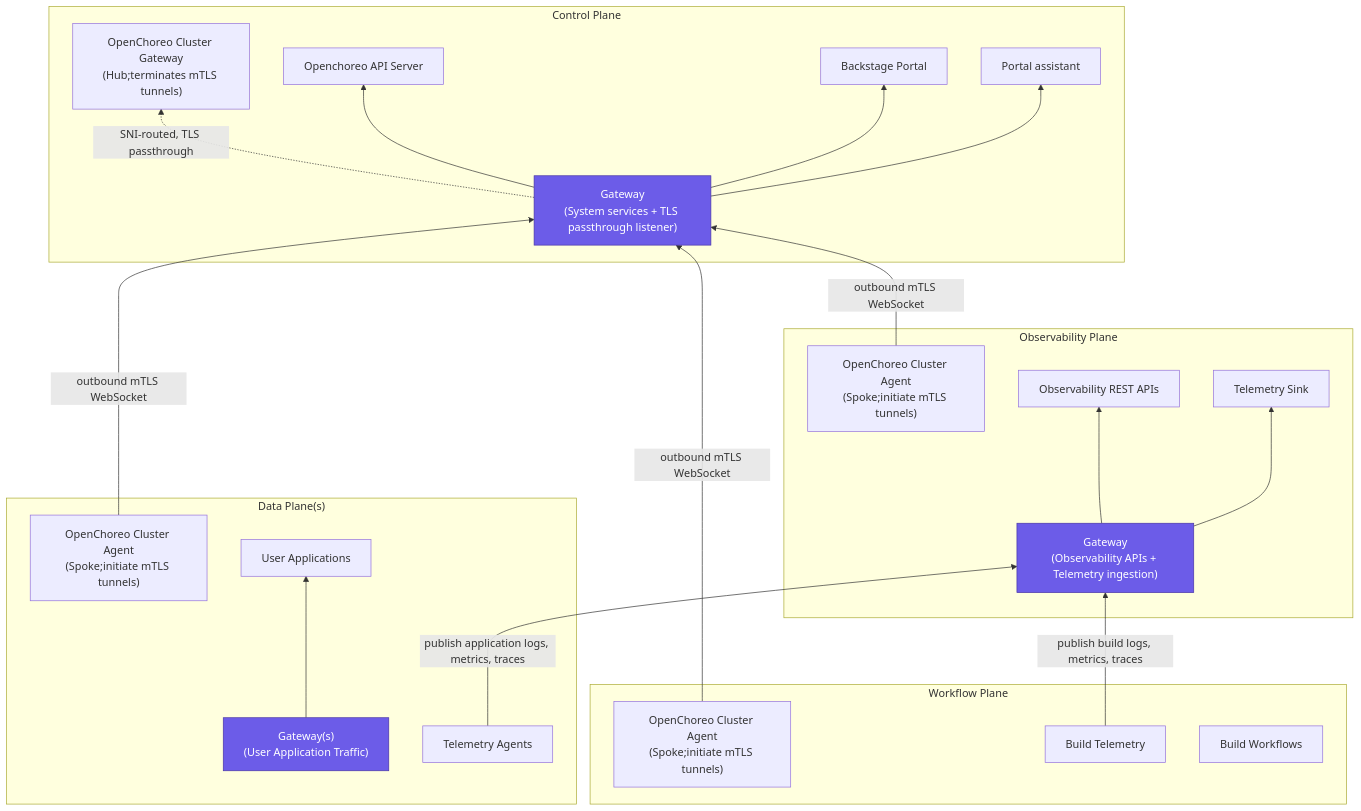
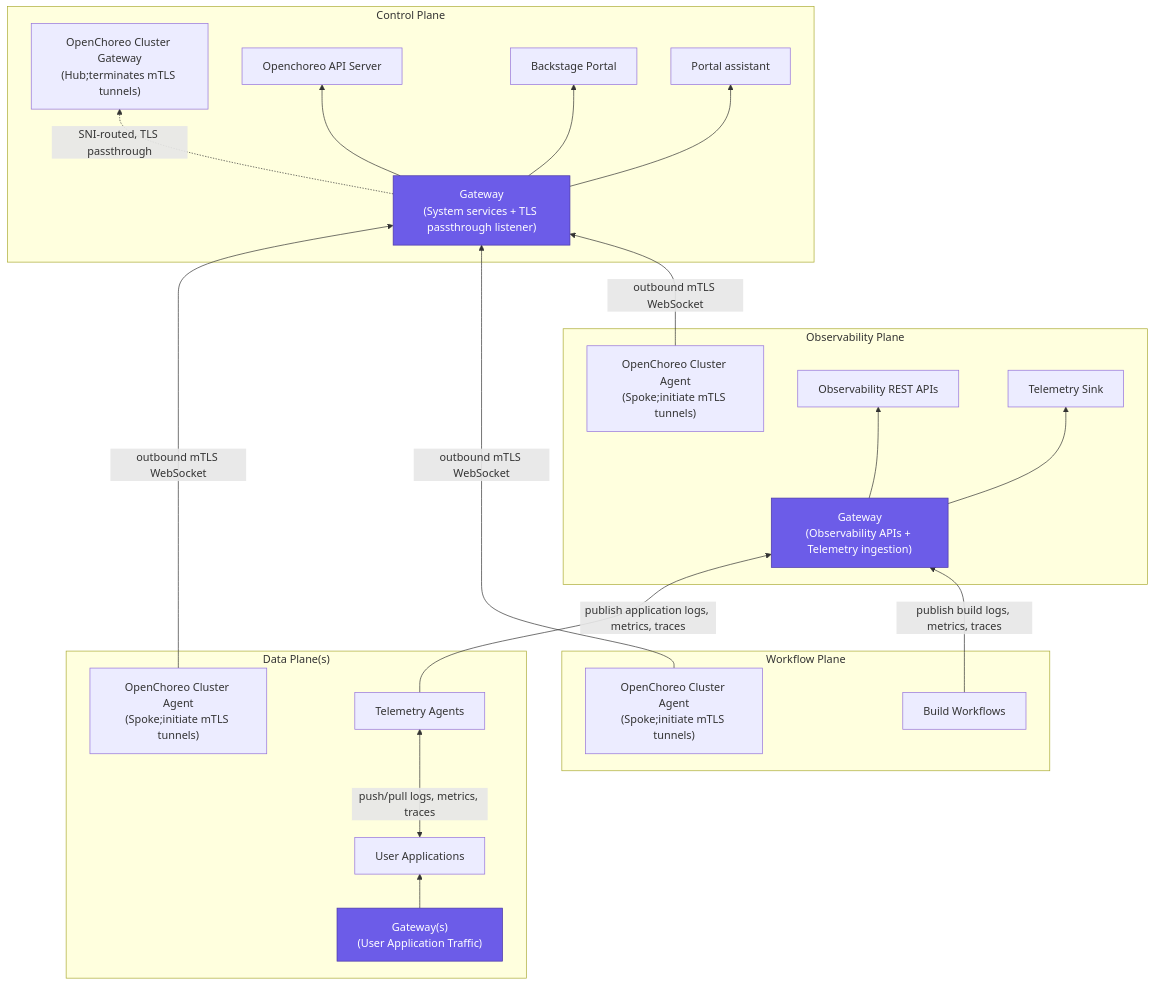
The first of 7 diagrams in content/blog/how-kgateway-powers-the-openchoreo-gateway-layer.md (kgateway-dev/kgateway.dev), drawn with Mermaid before and after one commit. The commit also changed other lines of this file, not shown here.

````diff
--- a/content/blog/how-kgateway-powers-the-openchoreo-gateway-layer.md
+++ b/content/blog/how-kgateway-powers-the-openchoreo-gateway-layer.md
@@ -28,46 +28,46 @@
 ```mermaid
 flowchart BT
     subgraph cp["Control Plane"]
         gwcp["Gateway\n(System services + TLS passthrough listener)"]
         cgw["OpenChoreo Cluster Gateway\n(Hub;terminates mTLS tunnels)"]
         api["Openchoreo API Server"]
         portal["Backstage Portal"]
         assistant["Portal assistant"]
         gwcp --> api & portal & assistant
         gwcp -. "SNI-routed, TLS passthrough" .-> cgw
     end
 
     subgraph dp["Data Plane(s)"]
         gwdp["Gateway(s)\n(User Application Traffic)"]
         agentdp["OpenChoreo Cluster Agent\n(Spoke;initiate mTLS tunnels)"]
         teledp["Telemetry Agents"]
         app["User Applications"]
         gwdp --> app
+        app <-- "push/pull logs, metrics, traces" --> teledp
     end
 
     subgraph wp["Workflow Plane"]
         agentwp["OpenChoreo Cluster Agent\n(Spoke;initiate mTLS tunnels)"]
-        telewp["Build Telemetry"]
         buildwf["Build Workflows"]
     end
 
     subgraph op["Observability Plane"]
         gwop["Gateway\n(Observability APIs + Telemetry ingestion)"]
         agentop["OpenChoreo Cluster Agent\n(Spoke;initiate mTLS tunnels)"]
         observerapi["Observability REST APIs"]
         telemetrysink["Telemetry Sink"]
         gwop --> observerapi
         gwop --> telemetrysink
         gwop ~~~ agentop
     end
 
     agentdp -- "outbound mTLS WebSocket" --> gwcp
     agentwp -- "outbound mTLS WebSocket" --> gwcp
     agentop -- "outbound mTLS WebSocket" --> gwcp
 
     teledp -- "publish application logs, metrics, traces" --> gwop
-    telewp -- "publish build logs, metrics, traces" --> gwop
+    buildwf -- "publish build logs, metrics, traces" --> gwop
 
     classDef gateway fill:#6C5CE8,stroke:#4834A6,color:#ffffff,stroke-width:1px;
     class gwcp,gwdp,gwop gateway;
 ```
````
